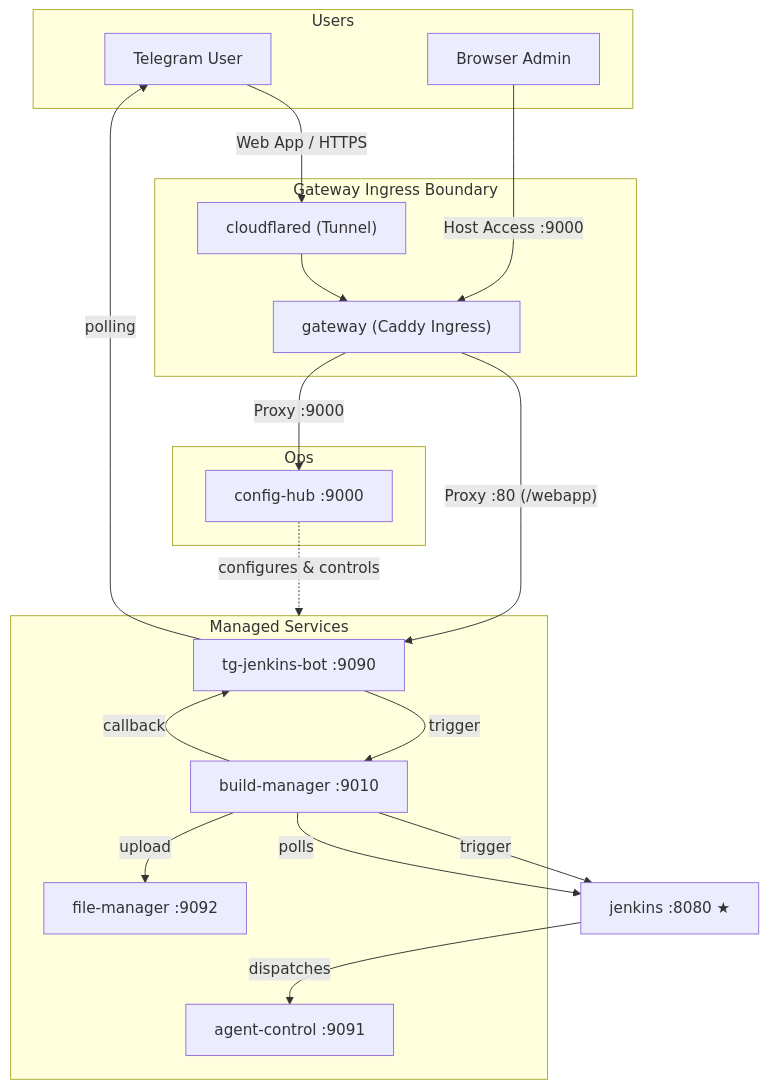
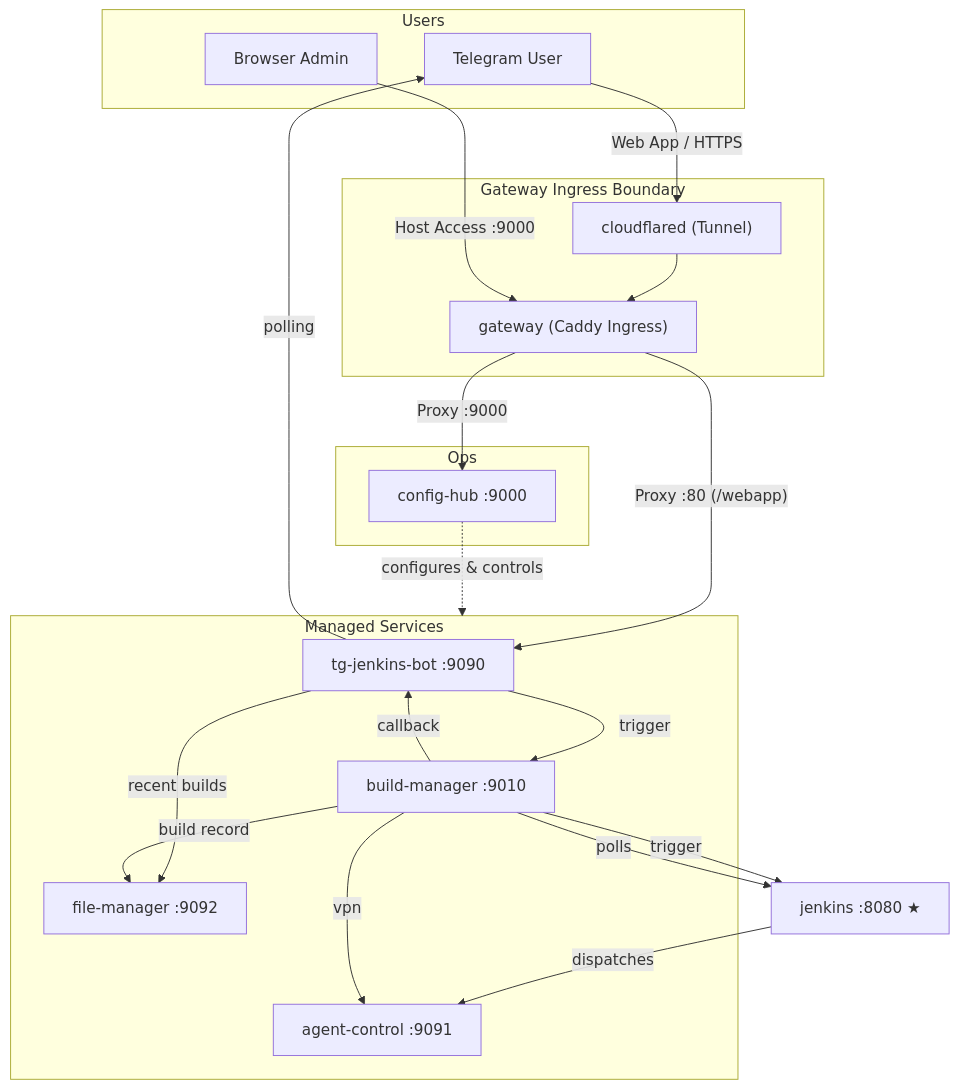
One commit to VinhNgT/jenkins-flutter-bot changed the diagram in .agents/rules/general-guide.md. Above: the diagram before and after it, drawn with Mermaid. The commit also changed other lines of this file and 13 other files, not shown here.

````diff
--- a/.agents/rules/general-guide.md
+++ b/.agents/rules/general-guide.md
@@ -36,40 +36,42 @@
 ```mermaid
 graph TD
     subgraph users["Users"]
         TU["Telegram User"]
         BA["Browser Admin"]
     end
 
     subgraph public["Gateway Ingress Boundary"]
         CF["cloudflared (Tunnel)"]
         GW["gateway (Caddy Ingress)"]
     end
 
     subgraph ops["Ops"]
         CH["config-hub :9000"]
     end
 
     subgraph managed["Managed Services"]
         BOT["tg-jenkins-bot :9090"]
         BM["build-manager :9010"]
         FM["file-manager :9092"]
         AGT["agent-control :9091"]
     end
 
     JNK["jenkins :8080 ★"]
 
     TU -- Web App / HTTPS --> CF
     CF --> GW
     GW -- Proxy :80 (/webapp) --> BOT
     BOT -- polling --> TU
     BA -- Host Access :9000 --> GW
     GW -- Proxy :9000 --> CH
     CH -. "configures & controls" .-> managed
 
     BOT -- trigger --> BM
+    BOT -- recent builds --> FM
     BM -- trigger --> JNK
     JNK -- dispatches --> AGT
     BM -- polls --> JNK
-    BM -- upload --> FM
+    BM -- build record --> FM
+    BM -- vpn --> AGT
     BM -- callback --> BOT
 ```
````
